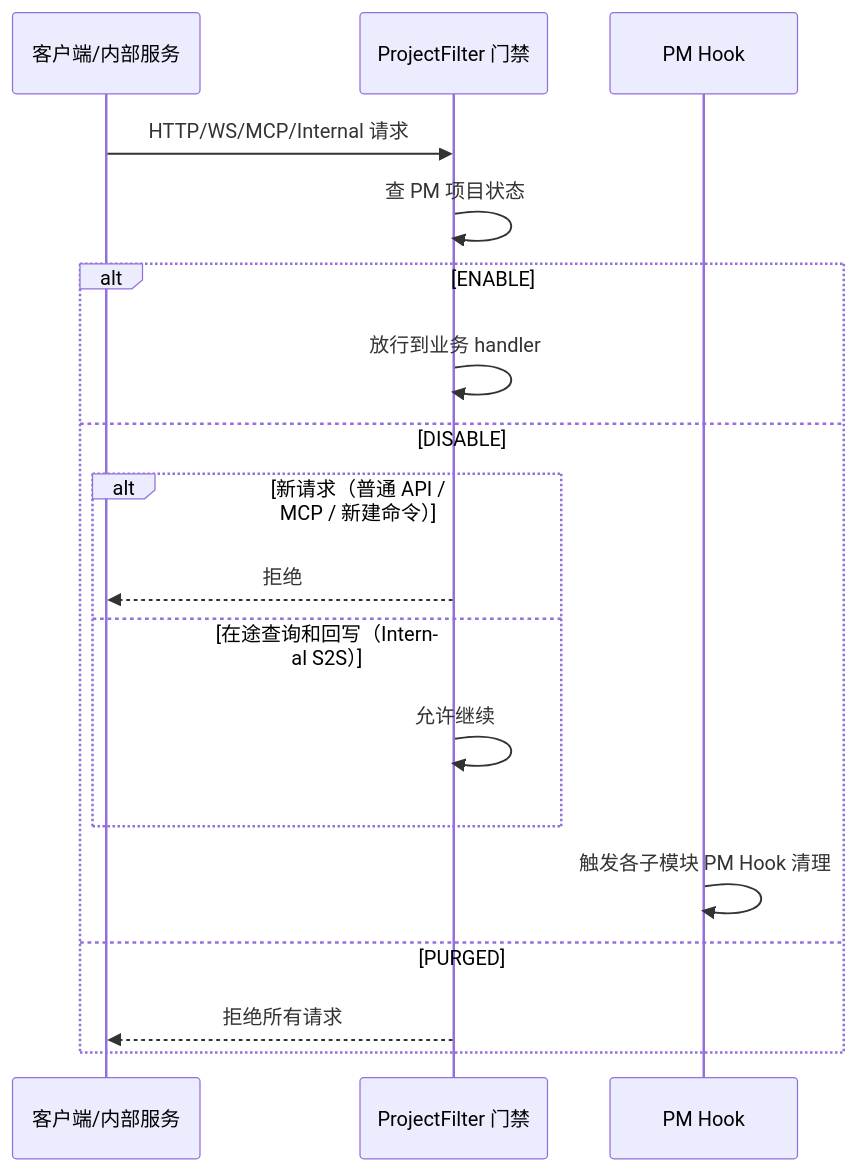
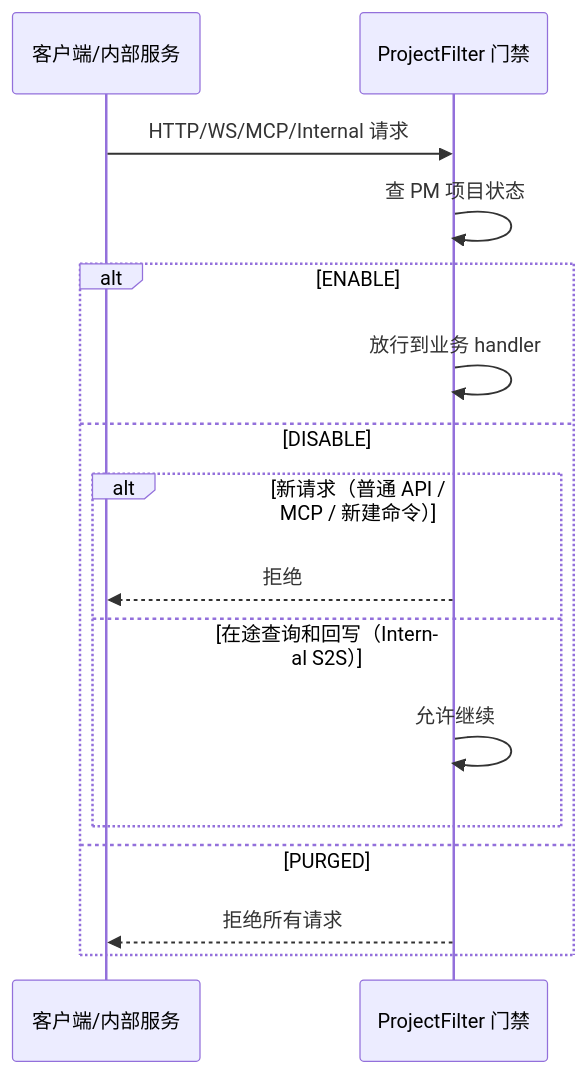
One commit to qinwenshiCH/workflow changed the sixth of 22 diagrams in specs/20260716-Wave-Refac-OrganizationProjectLifecycle/04-detail.md. Above: the diagram before and after it, drawn with Mermaid. The commit also changed other lines of this file, not shown here.

First line of the commit message:
fix: Wagent/QE/MA 图表和术语修正 — 对齐实际代码

````diff
--- a/specs/20260716-Wave-Refac-OrganizationProjectLifecycle/04-detail.md
+++ b/specs/20260716-Wave-Refac-OrganizationProjectLifecycle/04-detail.md
@@ -424,22 +367,20 @@
 ```mermaid
 sequenceDiagram
     participant C as 客户端/内部服务
     participant G as ProjectFilter 门禁
-    participant H as PM Hook
 
     C->>G: HTTP/WS/MCP/Internal 请求
     G->>G: 查 PM 项目状态
 
     alt ENABLE
         G->>G: 放行到业务 handler
     else DISABLE
         alt 新请求（普通 API / MCP / 新建命令）
             G-->>C: 拒绝
         else 在途查询和回写（Internal S2S）
             G->>G: 允许继续
         end
-        H->>H: 触发各子模块 PM Hook 清理
     else PURGED
         G-->>C: 拒绝所有请求
     end
 ```
````
